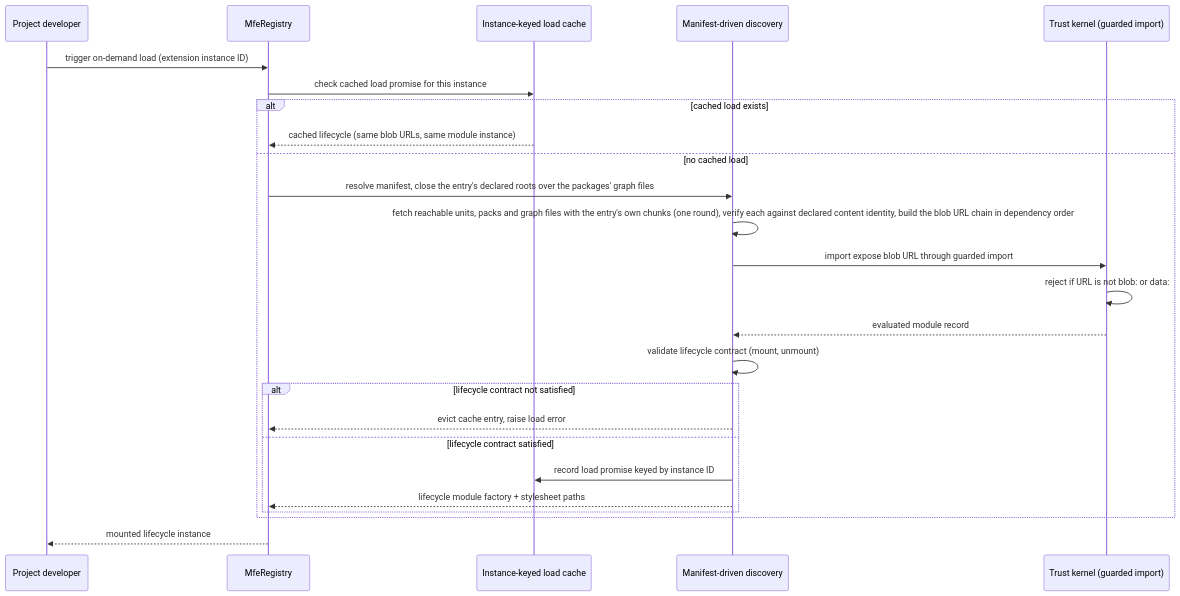
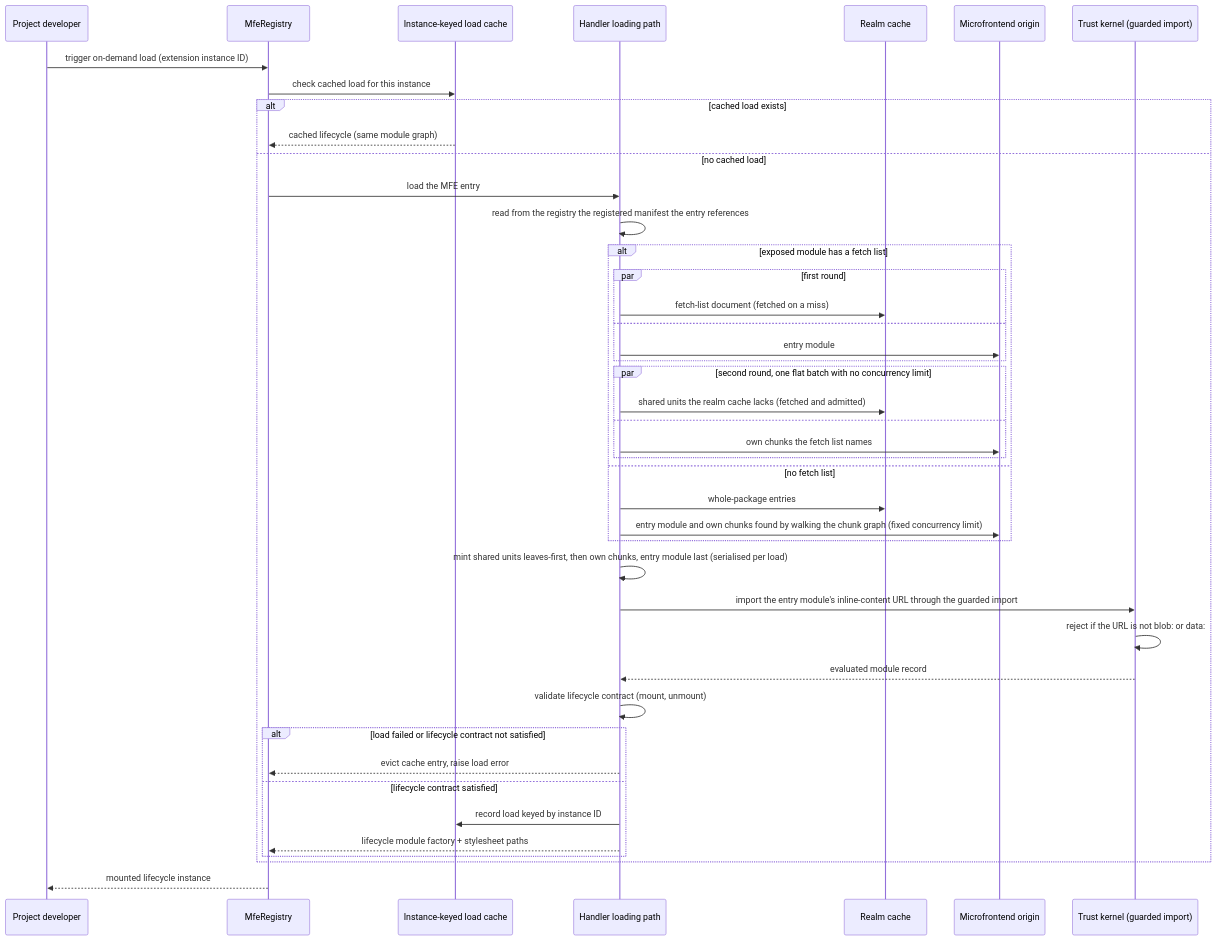
Before and after one commit to GeraBart/gears-frontx: the second of 5 diagrams in packages/mfes/architecture/DESIGN.md, drawn with Mermaid. The commit also changed other lines of this file and 18 other files, not shown here.

First line of the commit message:
docs(sdlc): record the public-API cleanup and declared-hash decisions

````diff
--- a/packages/mfes/architecture/DESIGN.md
+++ b/packages/mfes/architecture/DESIGN.md
@@ -375,27 +390,45 @@
 ```mermaid
 sequenceDiagram
     participant Dev as Project developer
     participant Reg as MfeRegistry
     participant Cache as Instance-keyed load cache
-    participant Disc as Manifest-driven discovery
+    participant Ld as Handler loading path
+    participant RC as Realm cache
+    participant Org as Microfrontend origin
     participant TK as Trust kernel (guarded import)
     Dev->>Reg: trigger on-demand load (extension instance ID)
-    Reg->>Cache: check cached load promise for this instance
+    Reg->>Cache: check cached load for this instance
     alt cached load exists
-        Cache-->>Reg: cached lifecycle (same blob URLs, same module instance)
+        Cache-->>Reg: cached lifecycle (same module graph)
     else no cached load
-        Reg->>Disc: resolve manifest, close the entry's declared roots over the packages' graph files
-        Disc->>Disc: fetch reachable units, packs and graph files with the entry's own chunks (one round), verify each against declared content identity, build the blob URL chain in dependency order
-        Disc->>TK: import expose blob URL through guarded import
-        TK->>TK: reject if URL is not blob: or data:
-        TK-->>Disc: evaluated module record
-        Disc->>Disc: validate lifecycle contract (mount, unmount)
-        alt lifecycle contract not satisfied
-            Disc-->>Reg: evict cache entry, raise load error
+        Reg->>Ld: load the MFE entry
+        Ld->>Ld: read from the registry the registered manifest the entry references
+        alt exposed module has a fetch list
+            par first round
+                Ld->>RC: fetch-list document (fetched on a miss)
+            and
+                Ld->>Org: entry module
+            end
+            par second round, one flat batch with no concurrency limit
+                Ld->>RC: shared units the realm cache lacks (fetched and admitted)
+            and
+                Ld->>Org: own chunks the fetch list names
+            end
+        else no fetch list
+            Ld->>RC: whole-package entries
+            Ld->>Org: entry module and own chunks found by walking the chunk graph (fixed concurrency limit)
+        end
+        Ld->>Ld: mint shared units leaves-first, then own chunks, entry module last (serialised per load)
+        Ld->>TK: import the entry module's inline-content URL through the guarded import
+        TK->>TK: reject if the URL is not blob: or data:
+        TK-->>Ld: evaluated module record
+        Ld->>Ld: validate lifecycle contract (mount, unmount)
+        alt load failed or lifecycle contract not satisfied
+            Ld-->>Reg: evict cache entry, raise load error
         else lifecycle contract satisfied
-            Disc->>Cache: record load promise keyed by instance ID
-            Disc-->>Reg: lifecycle module factory + stylesheet paths
+            Ld->>Cache: record load keyed by instance ID
+            Ld-->>Reg: lifecycle module factory + stylesheet paths
         end
     end
     Reg-->>Dev: mounted lifecycle instance
 ```
````
